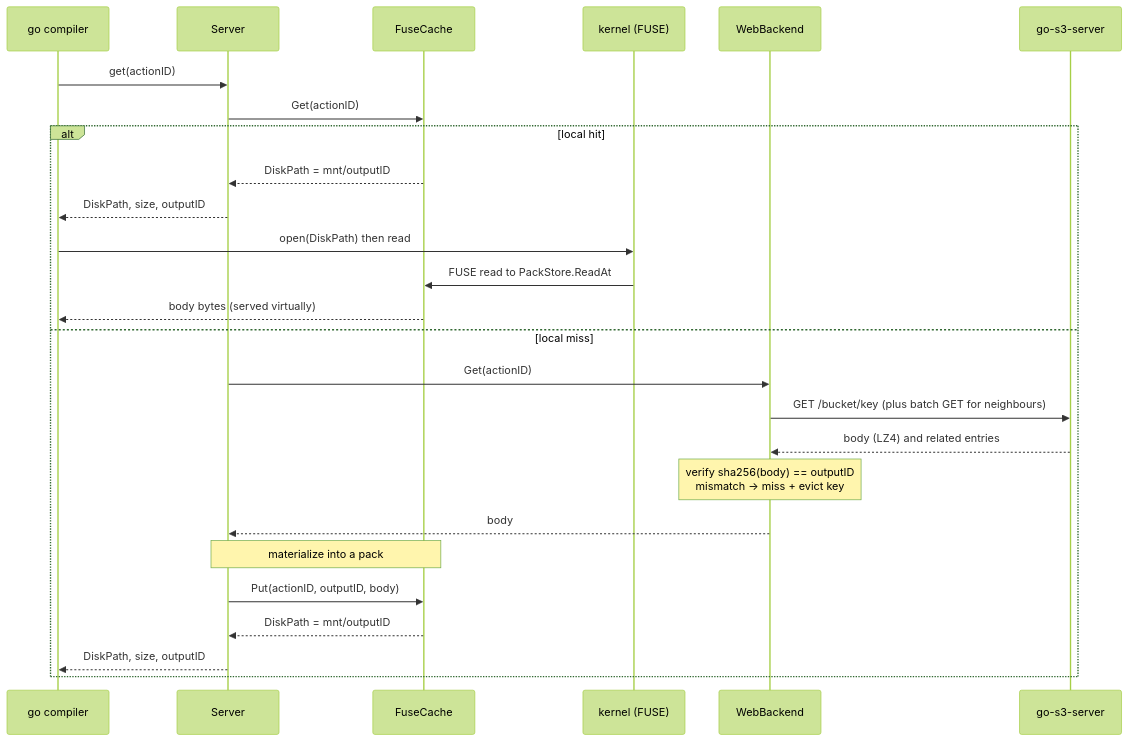
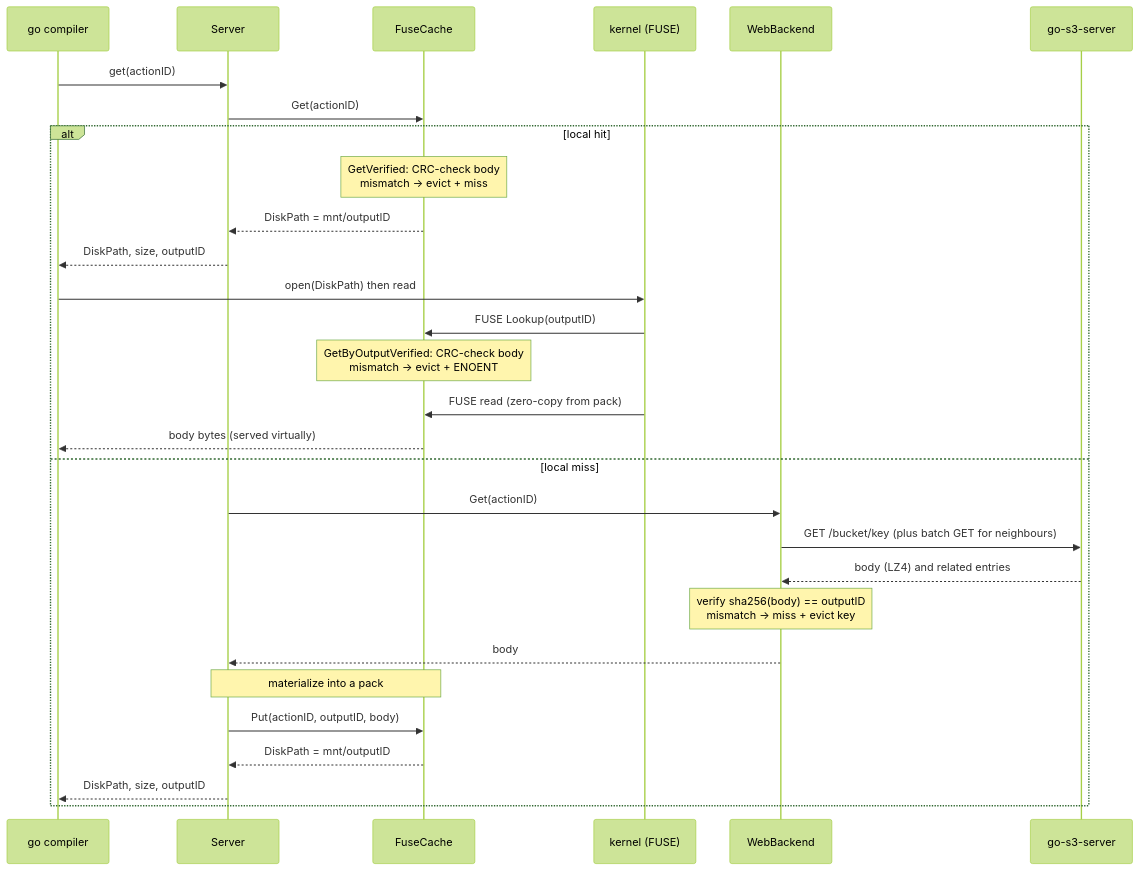
Before and after one commit to wow-look-at-my/go-toolchain: the fourth of 6 diagrams in docs/CACHE.md, drawn with Mermaid (forest theme). The commit also changed other lines of this file and 8 other files, not shown here.

````diff
--- a/docs/CACHE.md
+++ b/docs/CACHE.md
@@ -220,29 +228,32 @@
 ```mermaid
 sequenceDiagram
     participant Go as go compiler
     participant S as Server
     participant L as FuseCache
     participant K as kernel (FUSE)
     participant W as WebBackend
     participant R as go-s3-server
 
     Go->>S: get(actionID)
     S->>L: Get(actionID)
     alt local hit
+        Note over L: GetVerified: CRC-check body<br/>mismatch → evict + miss
         L-->>S: DiskPath = mnt/outputID
         S-->>Go: DiskPath, size, outputID
         Go->>K: open(DiskPath) then read
-        K->>L: FUSE read to PackStore.ReadAt
+        K->>L: FUSE Lookup(outputID)
+        Note over L: GetByOutputVerified: CRC-check body<br/>mismatch → evict + ENOENT
+        K->>L: FUSE read (zero-copy from pack)
         L-->>Go: body bytes (served virtually)
     else local miss
         S->>W: Get(actionID)
         W->>R: GET /bucket/key (plus batch GET for neighbours)
         R-->>W: body (LZ4) and related entries
         Note over W: verify sha256(body) == outputID<br/>mismatch → miss + evict key
         W-->>S: body
         Note over S,L: materialize into a pack
         S->>L: Put(actionID, outputID, body)
         L-->>S: DiskPath = mnt/outputID
         S-->>Go: DiskPath, size, outputID
     end
 ```
````
